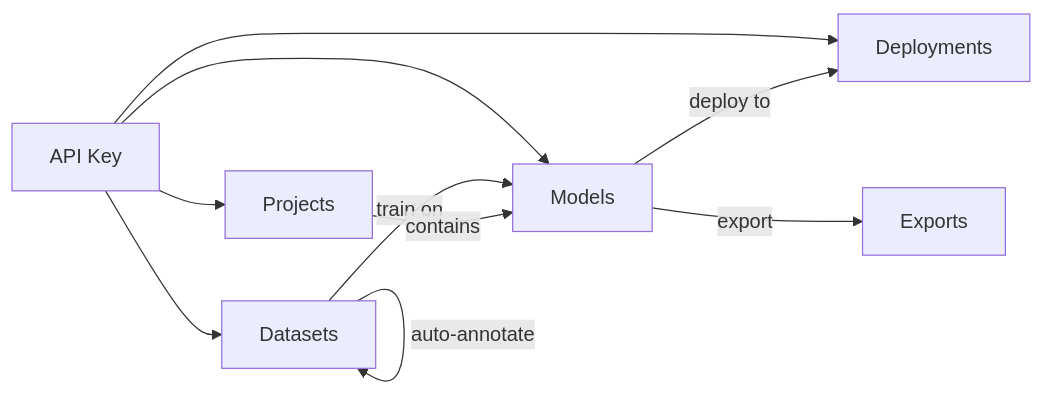
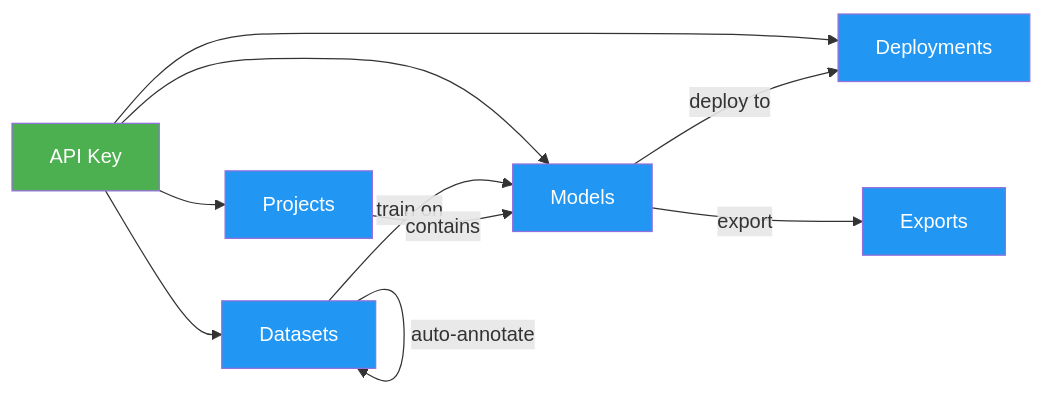
The first of 4 diagrams in docs/en/platform/api/index.md (medusa717/AI-ULTRALYTICS), drawn with Mermaid before and after one commit. The commit also changed other lines of this file and 18 other files, not shown here.

Commit message:
Standardize Mermaid diagram colors across docs (#24932)

````diff
--- a/docs/en/platform/api/index.md
+++ b/docs/en/platform/api/index.md
@@ -29,12 +29,15 @@
 ```mermaid
 graph LR
-    A[API Key] --> B[Datasets]
-    A --> C[Projects]
-    A --> D[Models]
-    A --> E[Deployments]
+    A[API Key]:::start --> B[Datasets]:::proc
+    A --> C[Projects]:::proc
+    A --> D[Models]:::proc
+    A --> E[Deployments]:::proc
     B -->|train on| D
     C -->|contains| D
     D -->|deploy to| E
-    D -->|export| F[Exports]
+    D -->|export| F[Exports]:::proc
     B -->|auto-annotate| B
+
+    classDef start fill:#4CAF50,color:#fff
+    classDef proc fill:#2196F3,color:#fff
 ```
````
